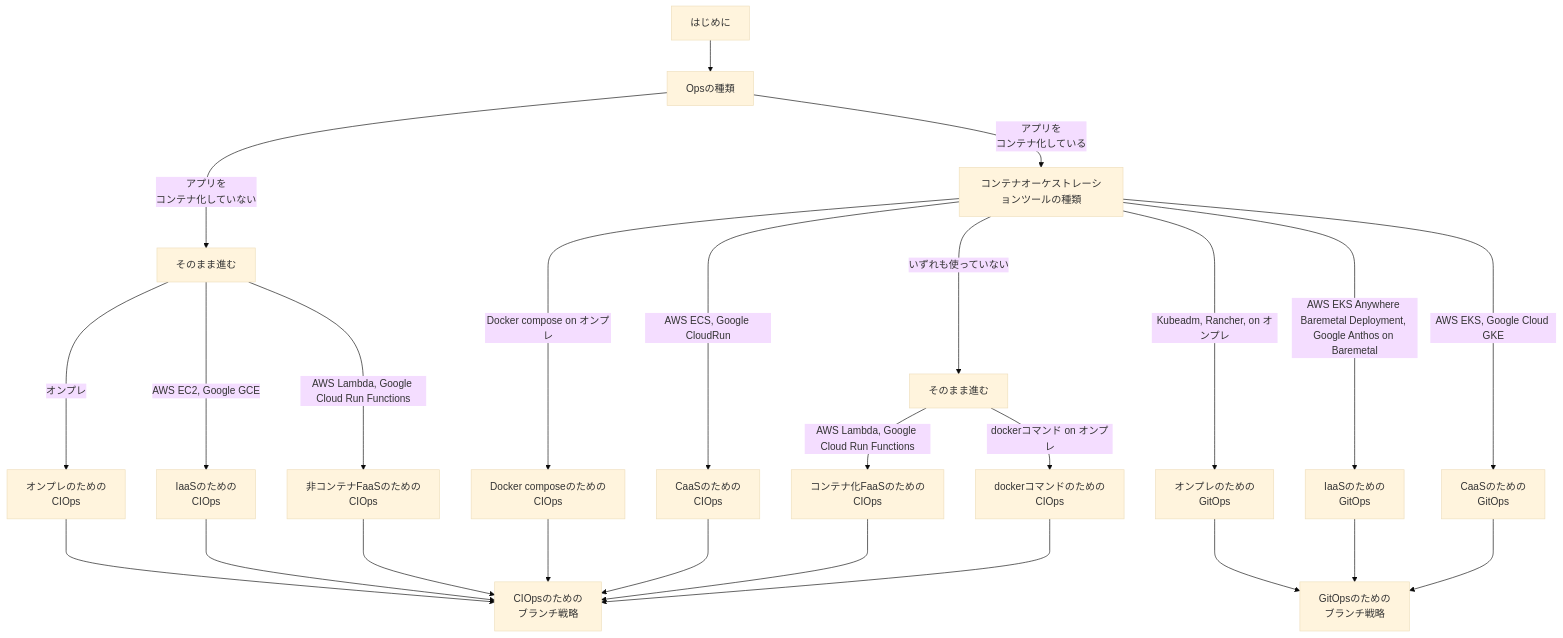
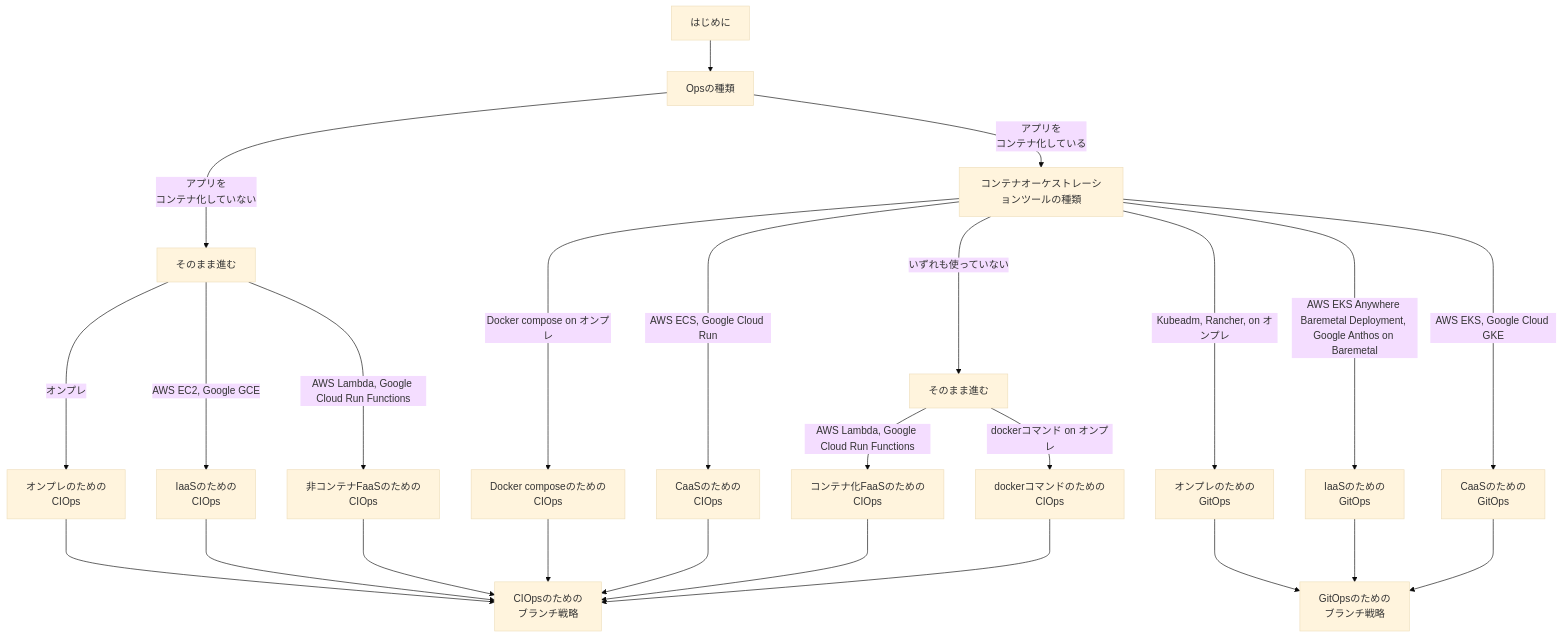
One commit to hiroki-it/tech-notebook changed the diagram in docs/devops/devops_cicd.md. Above: the diagram before and after it, drawn with Mermaid (base theme). The commit also changed other lines of this file and 21 other files, not shown here.

````diff
--- a/docs/devops/devops_cicd.md
+++ b/docs/devops/devops_cicd.md
@@ -200,41 +200,41 @@
 ```mermaid
 graph TD;
   A[はじめに] --> B[Opsの種類]
 
   B ---> | アプリを<br>コンテナ化していない | C[そのまま進む]
   B --> | アプリを<br>コンテナ化している | D[コンテナオーケストレーションツールの種類]
 
   C ---> | オンプレ | E[オンプレのための<br>CIOps]
   C ---> | AWS EC2, Google GCE | F["IaaSのための<br>CIOps"]
   C ---> | AWS Lambda, Google Cloud Run Functions | G[非コンテナFaaSのための<br>CIOps]
 
   D ----> | Docker compose on オンプレ | H[Docker composeのための<br>CIOps]
-  D ----> | AWS ECS, Google CloudRun  | I[CaaSのための<br>CIOps]
+  D ----> | AWS ECS, Google Cloud Run  | I[CaaSのための<br>CIOps]
   D --> | いずれも使っていない | J[そのまま進む]
   D ----> | Kubeadm, Rancher, on オンプレ | K[オンプレのための<br>GitOps]
   D ----> | AWS EKS Anywhere Baremetal Deployment, Google Anthos on Baremetal| L[IaaSのための<br>GitOps]
   D ----> | AWS EKS, Google Cloud GKE | M[CaaSのための<br>GitOps]
 
   J --> | AWS Lambda, Google Cloud Run Functions | N[コンテナ化FaaSのための<br>CIOps]
   J --> | dockerコマンド on オンプレ| O[dockerコマンドのための<br>CIOps]
 
   E ---> P[CIOpsのための<br>ブランチ戦略]
 
   F ---> P
 
   G ---> P
 
   H ---> P
 
   I ---> P
 
   K ---> Q[GitOpsのための<br>ブランチ戦略]
 
   L ---> Q
 
   M ---> Q
 
   N ---> P
 
   O ---> P
 ```
````
